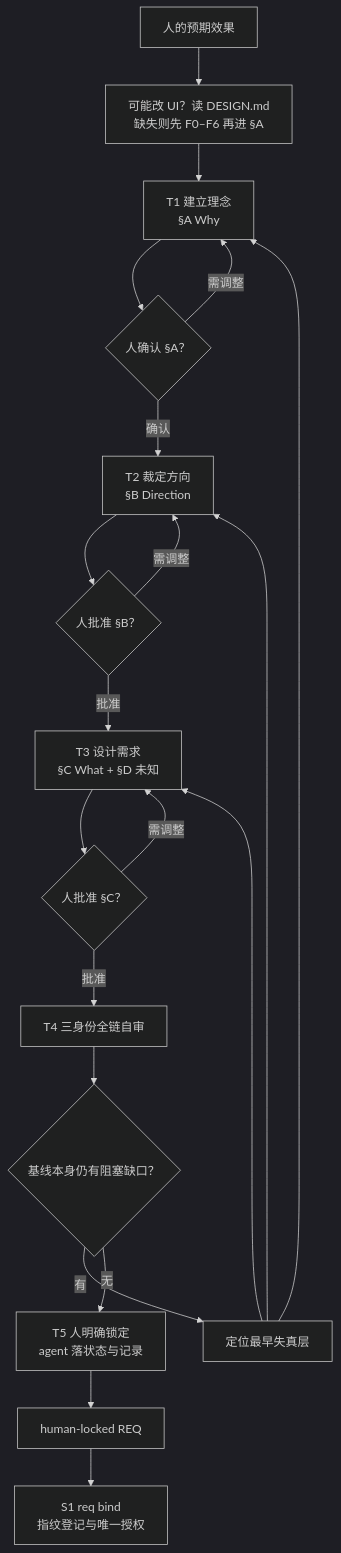
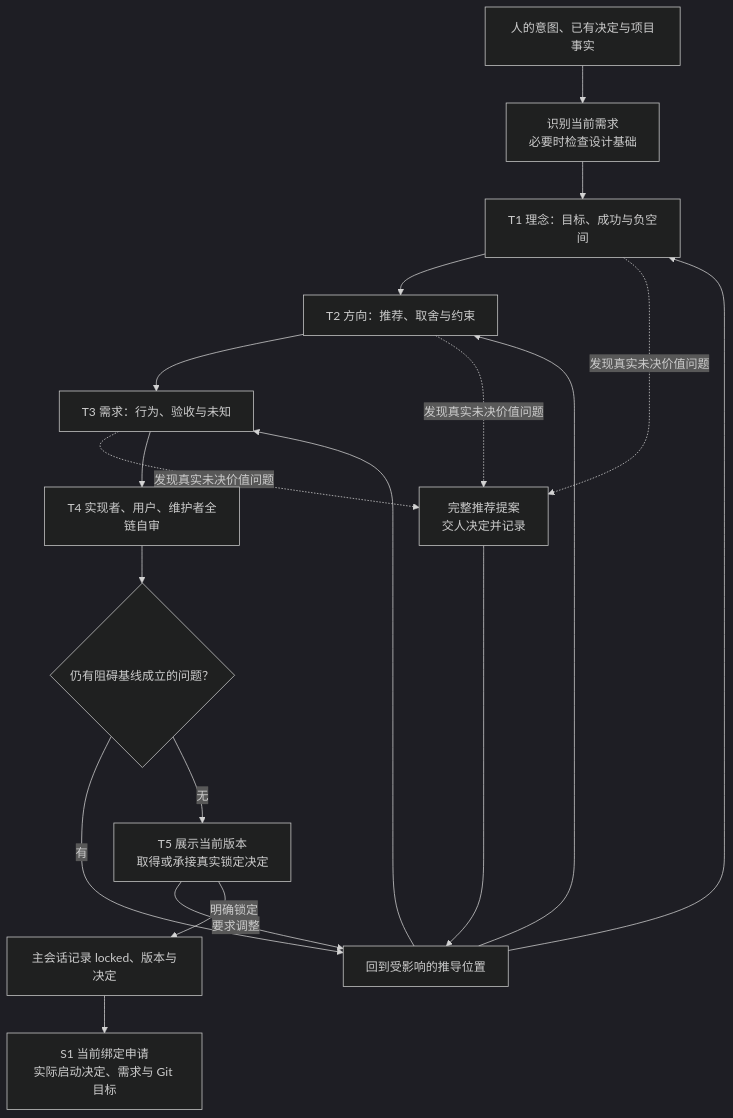
Before and after one commit to Sebs-Lee/go-system-builder: the diagram in blueprint/l3-stages/L3-S0-requirement-design.md, drawn with Mermaid (dark theme). The commit also changed other lines of this file and 468 other files, not shown here.

````diff
--- a/blueprint/l3-stages/L3-S0-requirement-design.md
+++ b/blueprint/l3-stages/L3-S0-requirement-design.md
@@ -110,22 +146,21 @@
 ```mermaid
 flowchart TD
-    IN["人的预期效果"] --> FOUND["可能改 UI？读 DESIGN.md<br/>缺失则先 F0–F6 再进 §A"]
-    FOUND --> T1["T1 建立理念<br/>§A Why"]
-    T1 --> A{"人确认 §A？"}
-    A -->|需调整| T1
-    A -->|确认| T2["T2 裁定方向<br/>§B Direction"]
-    T2 --> B{"人批准 §B？"}
-    B -->|需调整| T2
-    B -->|批准| T3["T3 设计需求<br/>§C What + §D 未知"]
-    T3 --> C{"人批准 §C？"}
-    C -->|需调整| T3
-    C -->|批准| T4["T4 三身份全链自审"]
-    T4 --> G{"基线本身仍有阻塞缺口？"}
-    G -->|有| BACK["定位最早失真层"]
-    BACK --> T1
-    BACK --> T2
-    BACK --> T3
-    G -->|无| LOCK["T5 人明确锁定<br/>agent 落状态与记录"]
-    LOCK --> REQ["human-locked REQ"]
-    REQ --> S1["S1 req bind<br/>指纹登记与唯一授权"]
+    IN[人的意图、已有决定与项目事实] --> ENTRY[识别当前需求<br/>必要时检查设计基础]
+    ENTRY --> A[T1 理念：目标、成功与负空间]
+    A --> B[T2 方向：推荐、取舍与约束]
+    B --> C[T3 需求：行为、验收与未知]
+    A -.发现真实未决价值问题.-> DECIDE[完整推荐提案<br/>交人决定并记录]
+    B -.发现真实未决价值问题.-> DECIDE
+    C -.发现真实未决价值问题.-> DECIDE
+    DECIDE --> RETURN[回到受影响的推导位置]
+    RETURN --> A
+    RETURN --> B
+    RETURN --> C
+    C --> REVIEW[T4 实现者、用户、维护者全链自审]
+    REVIEW --> CHECK{仍有阻碍基线成立的问题？}
+    CHECK -->|有| RETURN
+    CHECK -->|无| LOCK[T5 展示当前版本<br/>取得或承接真实锁定决定]
+    LOCK -->|要求调整| RETURN
+    LOCK -->|明确锁定| REQ[主会话记录 locked、版本与决定]
+    REQ --> S1[S1 当前绑定申请<br/>实际启动决定、需求与 Git 目标]
 ```
````
